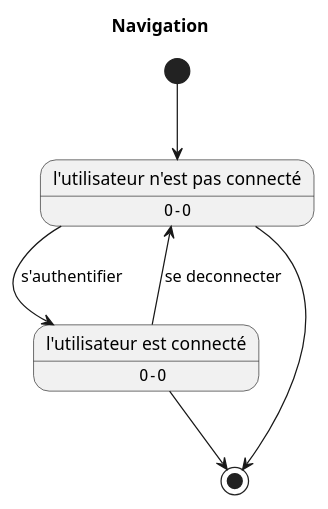
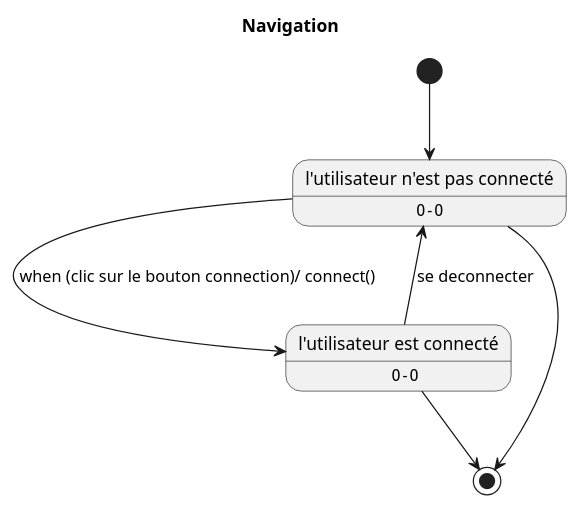
One commit to dorianleveque/CoHub changed the diagram in docs/UML/diagramme etat transition/navigation.puml. Above: the diagram before and after it, drawn with PlantUML. The commit also changed 2 other files, not shown here.

```diff
--- a/docs/UML/diagramme etat transition/navigation.puml
+++ b/docs/UML/diagramme etat transition/navigation.puml
@@ -1,14 +1,14 @@
 @startuml
 title Navigation
 
 state S1 as "l'utilisateur n'est pas connecté"
 S1 : ""             O-O""
 state S2 as "l'utilisateur est connecté" 
 S2 : ""           O-O""
 
 [*] --> S1
-S1  --> S2 : s'authentifier
+S1  --> S2 : when (clic sur le bouton connection)/ connect()
 S2  --> S1 : se deconnecter
 S1  --> [*]
 S2  --> [*]
 @enduml
```
